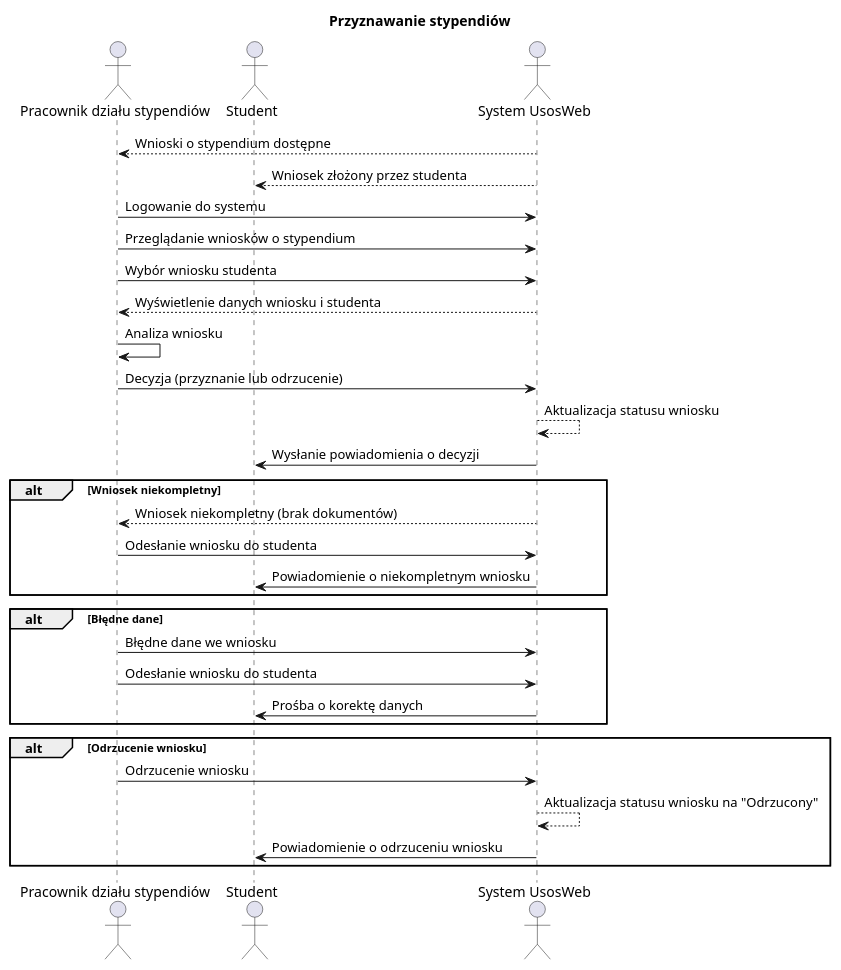
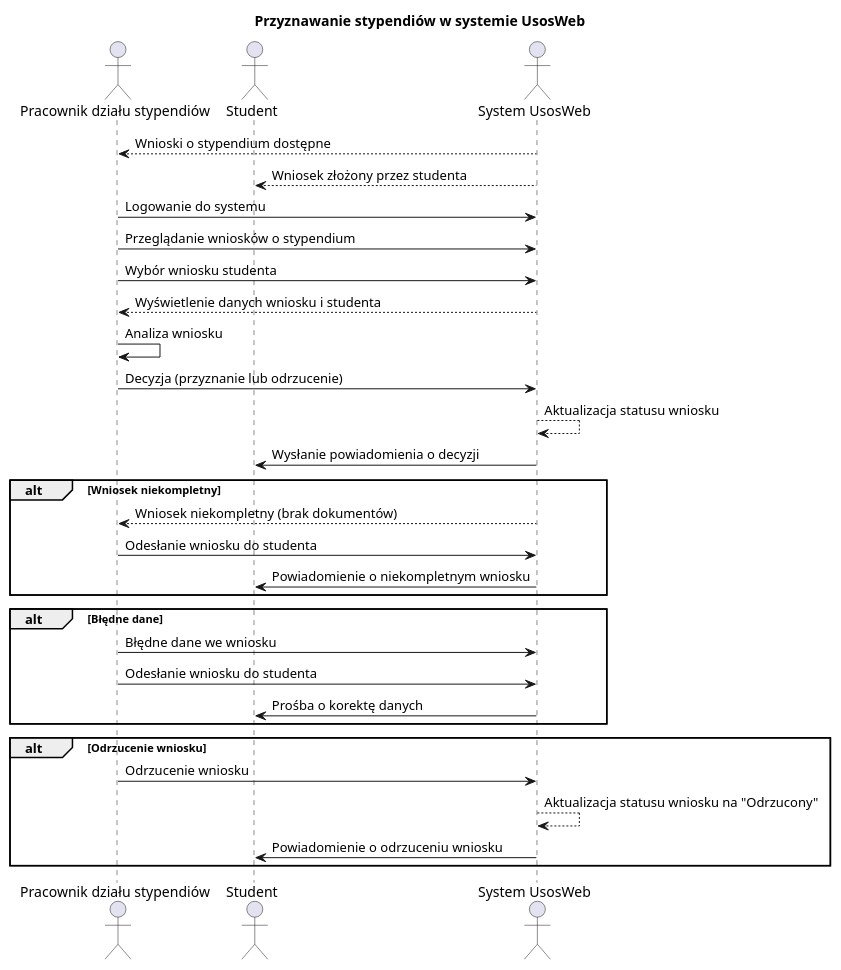
The diagram in 3_semester_2024/prog/cw/zadanie2.puml (Rafisto/uni), drawn with PlantUML before and after one commit. The commit also changed 1 other file, not shown here.

```diff
--- a/3_semester_2024/prog/cw/zadanie2.puml
+++ b/3_semester_2024/prog/cw/zadanie2.puml
@@ -1,43 +1,43 @@
 @startuml zadanie2
 actor "Pracownik działu stypendiów" as Worker
 actor "Student" as Student
 actor "System UsosWeb" as System
 
-title "Przyznawanie stypendiów"
+title "Przyznawanie stypendiów w systemie UsosWeb"
 
 ' Warunki początkowe
 System --> Worker : Wnioski o stypendium dostępne
 System --> Student : Wniosek złożony przez studenta
 
 ' Scenariusz główny
 Worker -> System : Logowanie do systemu
 Worker -> System : Przeglądanie wniosków o stypendium
 Worker -> System : Wybór wniosku studenta
 System --> Worker : Wyświetlenie danych wniosku i studenta
 Worker -> Worker : Analiza wniosku
 Worker -> System : Decyzja (przyznanie lub odrzucenie)
 System --> System : Aktualizacja statusu wniosku
 System -> Student : Wysłanie powiadomienia o decyzji
 
 ' Scenariusz alternatywny A: Wniosek niekompletny
 alt Wniosek niekompletny
    System --> Worker : Wniosek niekompletny (brak dokumentów)
    Worker -> System : Odesłanie wniosku do studenta
    System -> Student : Powiadomienie o niekompletnym wniosku
 end
 
 ' Scenariusz alternatywny B: Błędne dane
 alt Błędne dane
    Worker -> System : Błędne dane we wniosku
    Worker -> System : Odesłanie wniosku do studenta
    System -> Student : Prośba o korektę danych
 end
 
 ' Scenariusz alternatywny C: Odrzucenie wniosku
 alt Odrzucenie wniosku
    Worker -> System : Odrzucenie wniosku
    System --> System : Aktualizacja statusu wniosku na "Odrzucony"
    System -> Student : Powiadomienie o odrzuceniu wniosku
 end
 
 @enduml
```
